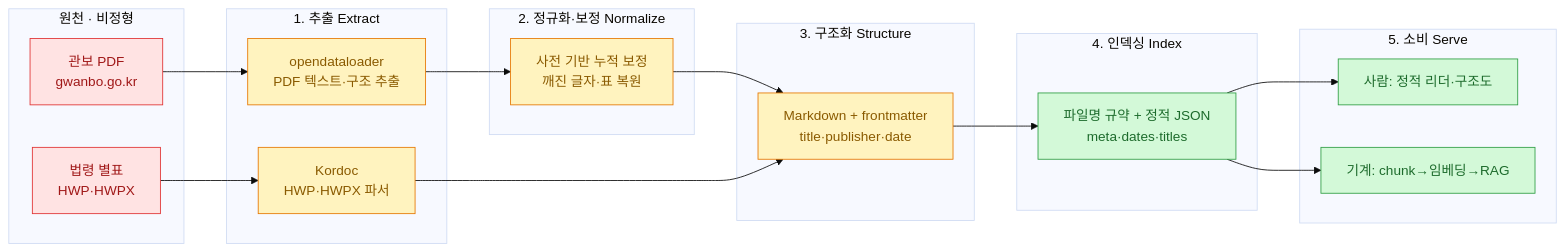
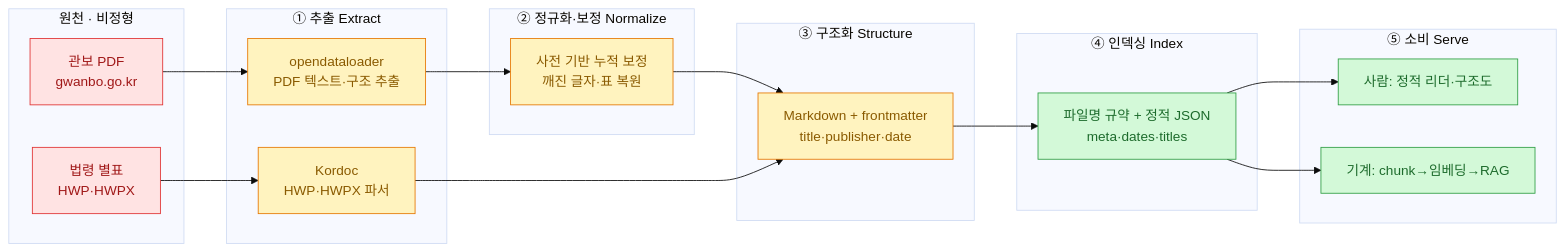
One commit to DBhyeong/DBhyeong.github.io changed the first of 7 diagrams in content/blog/parsing-korean-public-docs-pdf-hwp-to-markdown-reindexing.md. Above: the diagram before and after it, drawn with Mermaid (base theme). The commit also changed other lines of this file, not shown here.

Commit message:
fix(블로그): mermaid 'Unsupported markdown: list' 에러 수정 — 라벨 '숫자. '→원문자(①⓪⑫)로 교체
관보 파싱 글의 두 다이어그램에서 노드/서브그래프 라벨이 '0. ','1.'~'5.','11.','12.'로 시작해
mermaid가 순서 목록으로 오인 → 렌더 실패. 원문자로 치환해 트리거 제거.

````diff
--- a/content/blog/parsing-korean-public-docs-pdf-hwp-to-markdown-reindexing.md
+++ b/content/blog/parsing-korean-public-docs-pdf-hwp-to-markdown-reindexing.md
@@ -33,33 +33,33 @@
 ```mermaid
 flowchart LR
     subgraph S0["원천 · 비정형"]
         PDF["관보 PDF<br/>gwanbo.go.kr"]
         HWP["법령 별표<br/>HWP·HWPX"]
     end
-    subgraph S1["1. 추출 Extract"]
+    subgraph S1["① 추출 Extract"]
         OCR["opendataloader<br/>PDF 텍스트·구조 추출"]
         KOR["Kordoc<br/>HWP·HWPX 파서"]
     end
-    subgraph S2["2. 정규화·보정 Normalize"]
+    subgraph S2["② 정규화·보정 Normalize"]
         FIX["사전 기반 누적 보정<br/>깨진 글자·표 복원"]
     end
-    subgraph S3["3. 구조화 Structure"]
+    subgraph S3["③ 구조화 Structure"]
         MD["Markdown + frontmatter<br/>title·publisher·date"]
     end
-    subgraph S4["4. 인덱싱 Index"]
+    subgraph S4["④ 인덱싱 Index"]
         IDX["파일명 규약 + 정적 JSON<br/>meta·dates·titles"]
     end
-    subgraph S5["5. 소비 Serve"]
+    subgraph S5["⑤ 소비 Serve"]
         HUM["사람: 정적 리더·구조도"]
         AI["기계: chunk→임베딩→RAG"]
     end
     PDF --> OCR --> FIX --> MD --> IDX --> HUM
     HWP --> KOR --> MD
     IDX --> AI
     classDef raw fill:#ffe3e3,stroke:#e03131,color:#a01818;
     classDef mid fill:#fff3bf,stroke:#e67700,color:#8a5a00;
     classDef out fill:#d3f9d8,stroke:#2f9e44,color:#1d6b2c;
     class PDF,HWP raw;
     class OCR,KOR,FIX,MD mid;
     class IDX,HUM,AI out;
 ```
````
